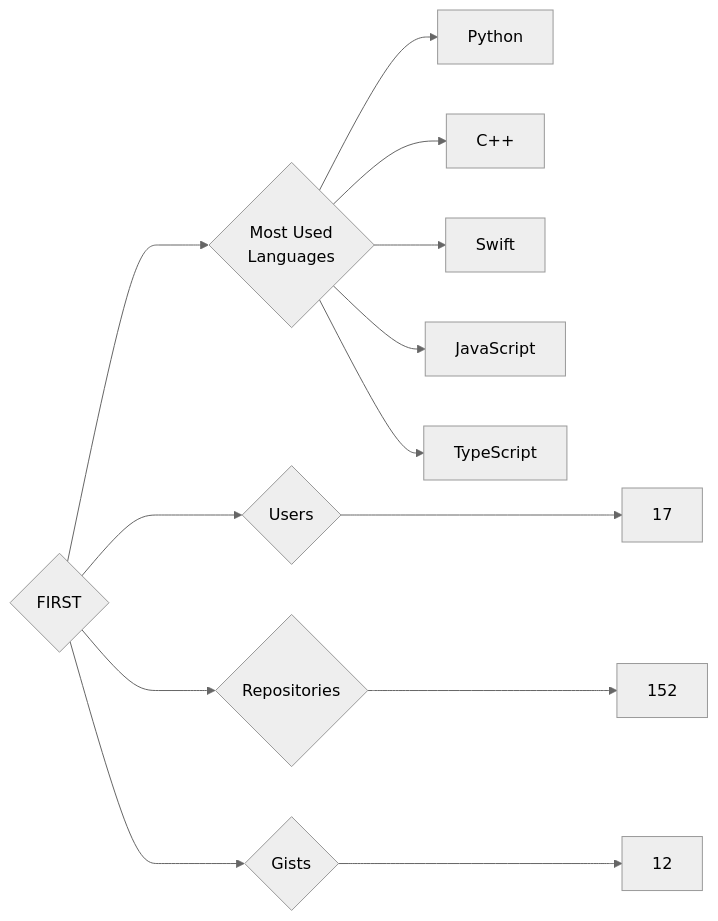
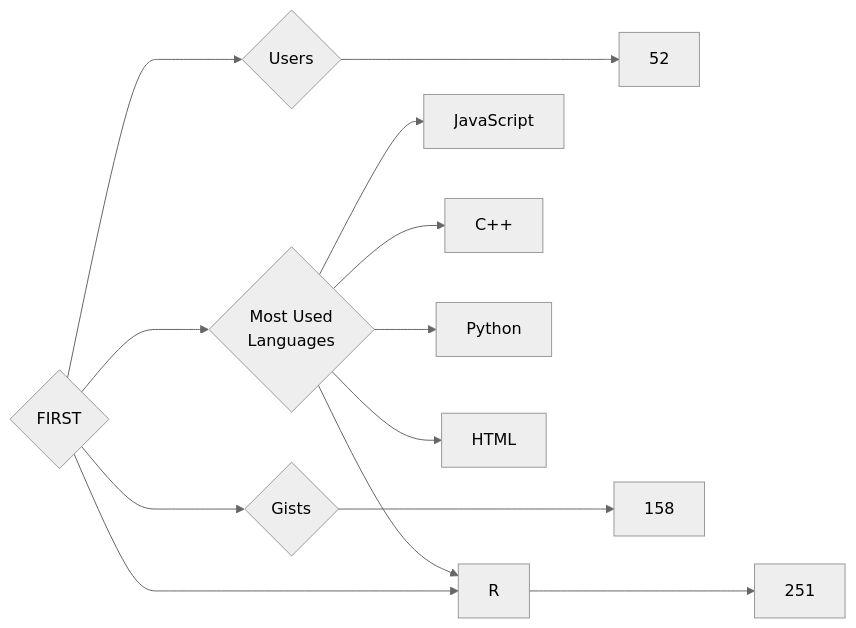
One commit to trickest/insiders changed the diagram in targets/FIRST/README.md. Above: the diagram before and after it, drawn with Mermaid (neutral theme). The commit also changed 927 other files, not shown here.

````diff
--- a/targets/FIRST/README.md
+++ b/targets/FIRST/README.md
@@ -3,13 +3,13 @@
 ```mermaid
 graph LR
 COMPANY_NAME{FIRST}
-COMPANY_NAME ---> U{Users} ---> UN[17]
-COMPANY_NAME ---> R{Repositories} ---> RN[152]
-COMPANY_NAME ---> G{Gists} ---> GN[12]
+COMPANY_NAME ---> U{Users} ---> UN[52]
+COMPANY_NAME ---> R{Repositories} ---> RN[251]
+COMPANY_NAME ---> G{Gists} ---> GN[158]
 COMPANY_NAME ---> ML{Most Used<br>Languages}
+ML --> JavaScript[JavaScript]
+ML --> C++[C++]
 ML --> Python[Python]
-ML --> C++[C++]
-ML --> Swift[Swift]
-ML --> JavaScript[JavaScript]
-ML --> TypeScript[TypeScript]
+ML --> R[R]
+ML --> HTML[HTML]
 ```
````
